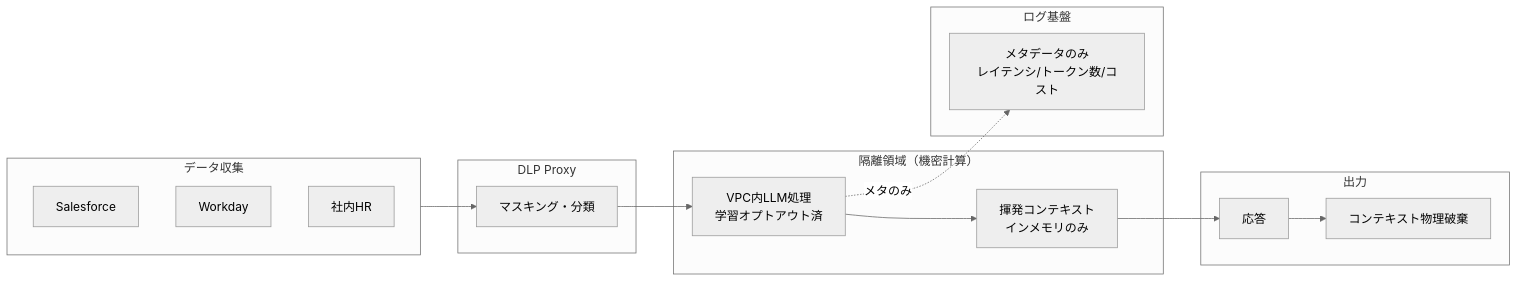
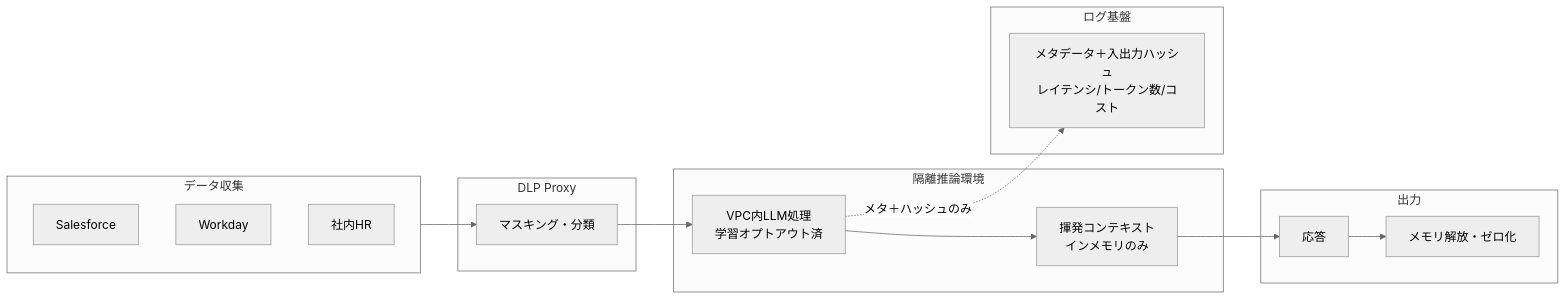
Before and after one commit to shibuiwilliam/enterprise-agent-reference-architectures: the diagram in docs/patterns/km-knowledge/km7-ephemeral-secure-context-bus.md, drawn with Mermaid (neutral theme). The commit also changed other lines of this file and 17 other files, not shown here.

````diff
--- a/docs/patterns/km-knowledge/km7-ephemeral-secure-context-bus.md
+++ b/docs/patterns/km-knowledge/km7-ephemeral-secure-context-bus.md
@@ -23,33 +26,33 @@
 ```mermaid
 flowchart LR
     subgraph Collect["データ収集"]
         S1[Salesforce]
         S2[Workday]
         S3[社内HR]
     end
 
     subgraph DLP["DLP Proxy"]
         MASK[マスキング・分類]
     end
 
-    subgraph Enclave["隔離領域（機密計算）"]
+    subgraph Isolated["隔離推論環境"]
         LLM[VPC内LLM処理<br/>学習オプトアウト済]
         CTX[揮発コンテキスト<br/>インメモリのみ]
     end
 
     subgraph Output["出力"]
         RESP[応答]
-        DESTROY[コンテキスト物理破棄]
+        DESTROY[メモリ解放・ゼロ化]
     end
 
     subgraph Log["ログ基盤"]
-        META[メタデータのみ<br/>レイテンシ/トークン数/コスト]
+        META[メタデータ＋入出力ハッシュ<br/>レイテンシ/トークン数/コスト]
     end
 
     Collect --> MASK
     MASK --> LLM
     LLM --> CTX
     CTX --> RESP
     RESP --> DESTROY
-    LLM -.->|メタのみ| META
+    LLM -.->|メタ＋ハッシュのみ| META
 ```
````
